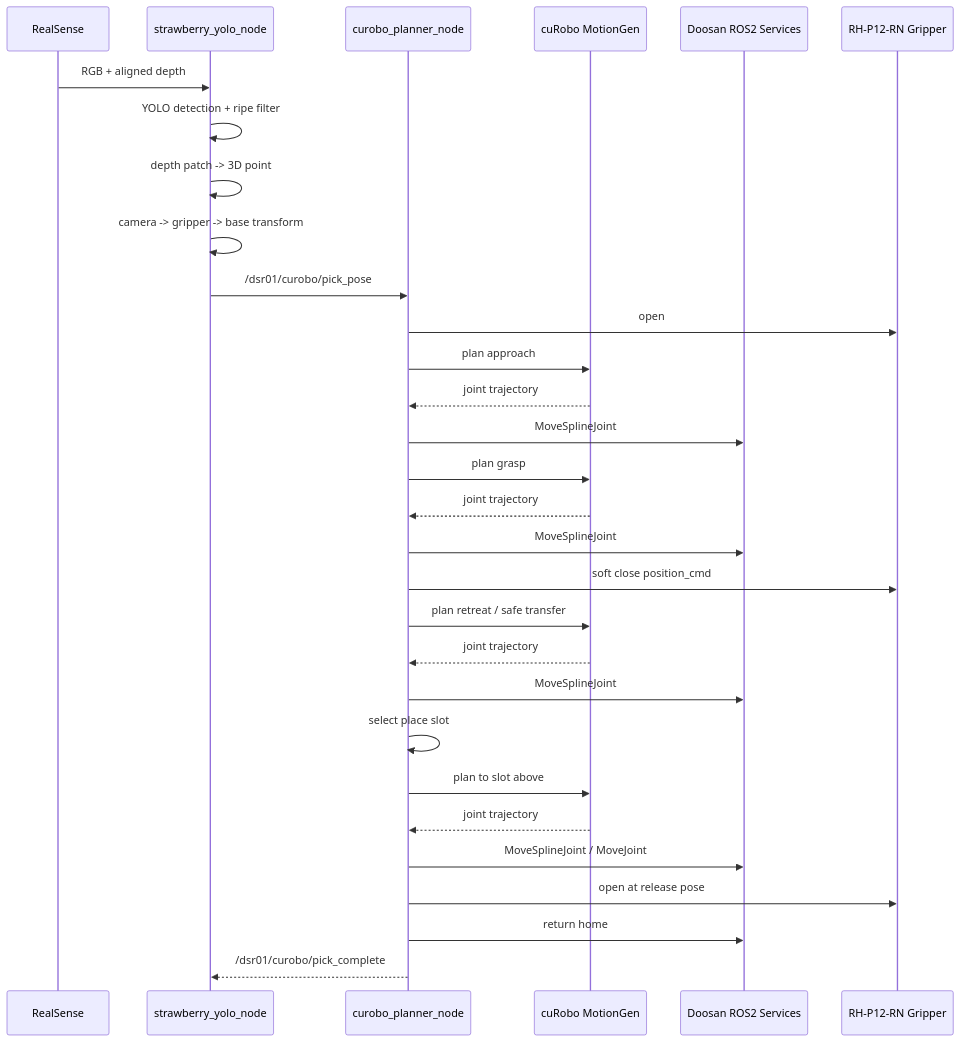
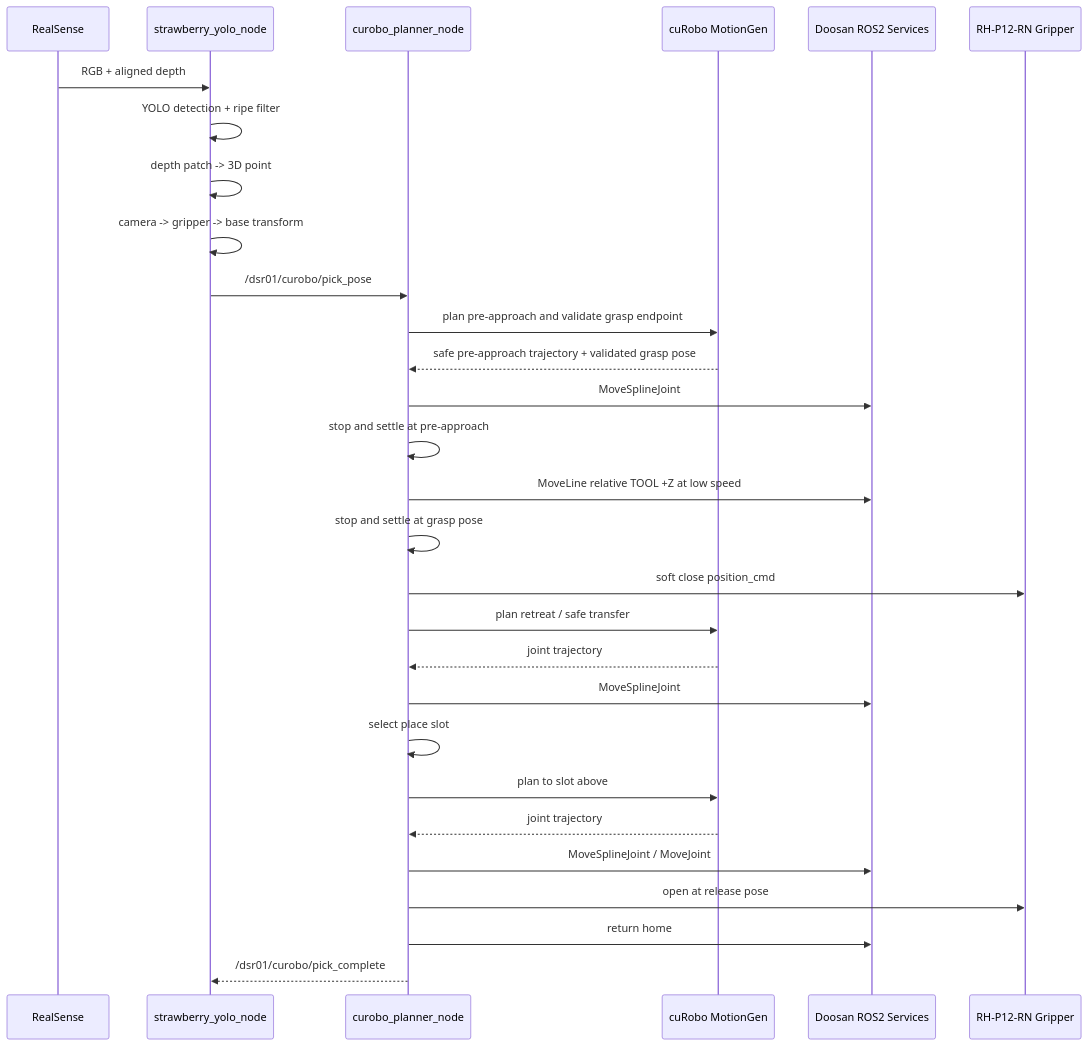
Before and after one commit to djdoss1234/strawberry_miniproject: the second of 2 diagrams in docs/system_architecture.md, drawn with Mermaid. The commit also changed other lines of this file and 5 other files, not shown here.

Commit message:
feat: add stopped straight-line stem approach

````diff
--- a/docs/system_architecture.md
+++ b/docs/system_architecture.md
@@ -81,37 +84,36 @@
 ```mermaid
 sequenceDiagram
     participant Camera as RealSense
     participant Vision as strawberry_yolo_node
     participant Planner as curobo_planner_node
     participant CuRobo as cuRobo MotionGen
     participant Doosan as Doosan ROS2 Services
     participant Gripper as RH-P12-RN Gripper
 
     Camera->>Vision: RGB + aligned depth
     Vision->>Vision: YOLO detection + ripe filter
     Vision->>Vision: depth patch -> 3D point
     Vision->>Vision: camera -> gripper -> base transform
     Vision->>Planner: /dsr01/curobo/pick_pose
 
-    Planner->>Gripper: open
-    Planner->>CuRobo: plan approach
-    CuRobo-->>Planner: joint trajectory
+    Planner->>CuRobo: plan pre-approach and validate grasp endpoint
+    CuRobo-->>Planner: safe pre-approach trajectory + validated grasp pose
     Planner->>Doosan: MoveSplineJoint
 
-    Planner->>CuRobo: plan grasp
-    CuRobo-->>Planner: joint trajectory
-    Planner->>Doosan: MoveSplineJoint
+    Planner->>Planner: stop and settle at pre-approach
+    Planner->>Doosan: MoveLine relative TOOL +Z at low speed
+    Planner->>Planner: stop and settle at grasp pose
     Planner->>Gripper: soft close position_cmd
 
     Planner->>CuRobo: plan retreat / safe transfer
     CuRobo-->>Planner: joint trajectory
     Planner->>Doosan: MoveSplineJoint
 
     Planner->>Planner: select place slot
     Planner->>CuRobo: plan to slot above
     CuRobo-->>Planner: joint trajectory
     Planner->>Doosan: MoveSplineJoint / MoveJoint
     Planner->>Gripper: open at release pose
     Planner->>Doosan: return home
     Planner-->>Vision: /dsr01/curobo/pick_complete
 ```
````
